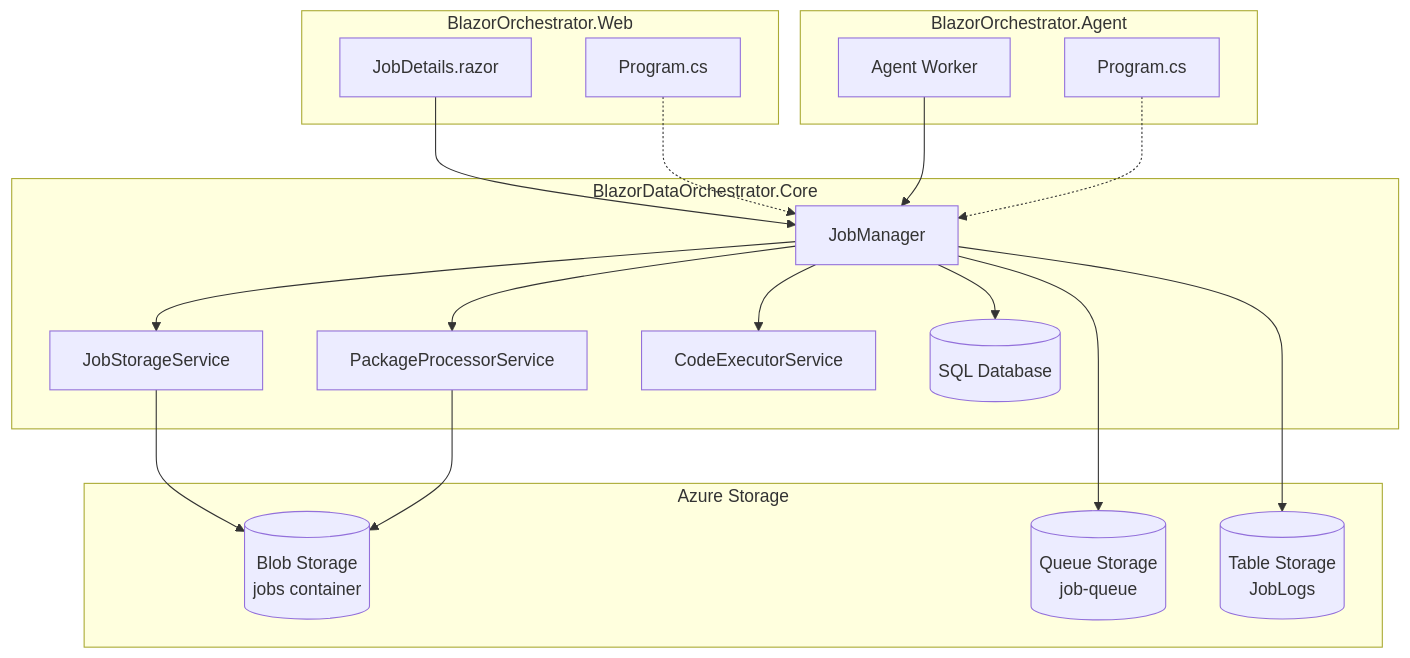
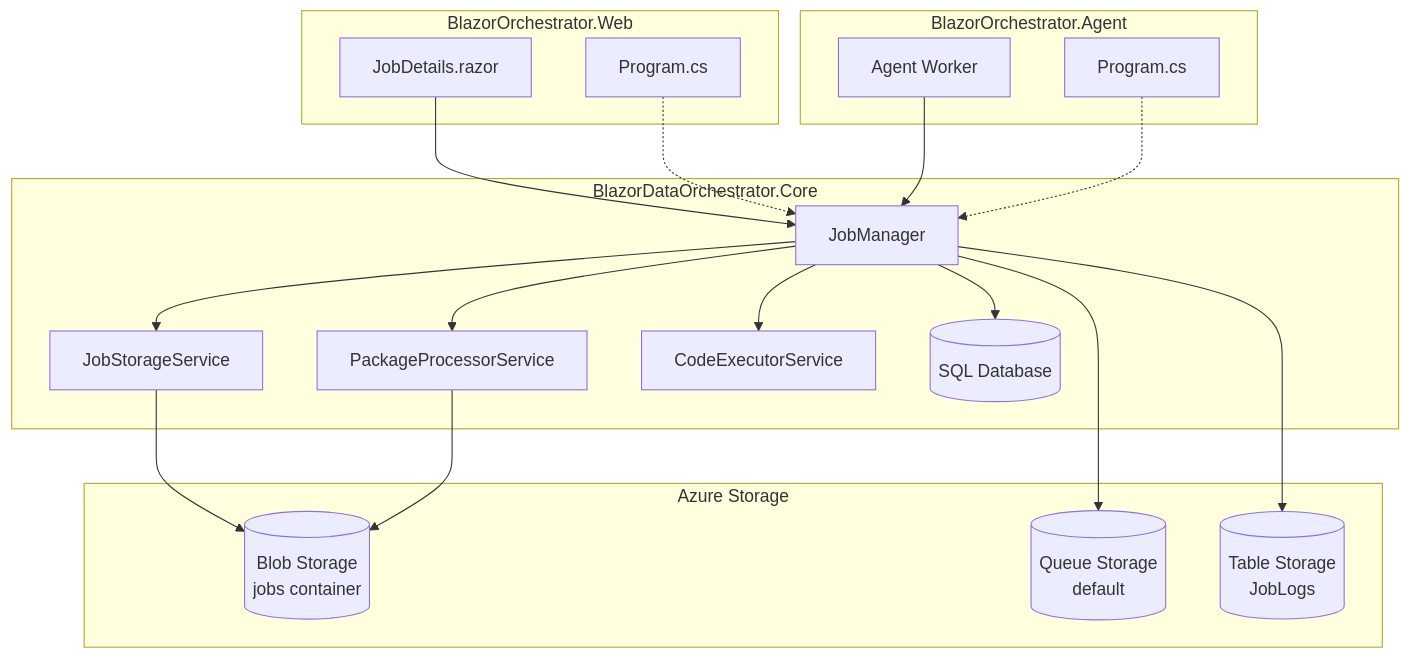
The first of 8 diagrams in docs/NugetExecutionFeatureDiagram.md (Blazor-Data-Orchestrator/BlazorDataOrchestrator), drawn with Mermaid before and after one commit. The commit also changed other lines of this file and 11 other files, not shown here.

````diff
--- a/docs/NugetExecutionFeatureDiagram.md
+++ b/docs/NugetExecutionFeatureDiagram.md
@@ -5,40 +5,40 @@
 ```mermaid
 graph TB
     subgraph "BlazorOrchestrator.Web"
         UI[JobDetails.razor]
         WP[Program.cs]
     end
     
     subgraph "BlazorDataOrchestrator.Core"
         JM[JobManager]
         JSS[JobStorageService]
         PPS[PackageProcessorService]
         CES[CodeExecutorService]
         DB[(SQL Database)]
     end
     
     subgraph "BlazorOrchestrator.Agent"
         AW[Agent Worker]
         AP[Program.cs]
     end
     
     subgraph "Azure Storage"
         BLOB[(Blob Storage<br/>jobs container)]
-        QUEUE[(Queue Storage<br/>job-queue)]
+        QUEUE[(Queue Storage<br/>default)]
         TABLE[(Table Storage<br/>JobLogs)]
     end
     
     UI --> JM
     WP -.-> JM
     JM --> JSS
     JM --> PPS
     JM --> CES
     JM --> DB
     JSS --> BLOB
     JM --> QUEUE
     JM --> TABLE
     
     AW --> JM
     AP -.-> JM
     PPS --> BLOB
 ```
````
